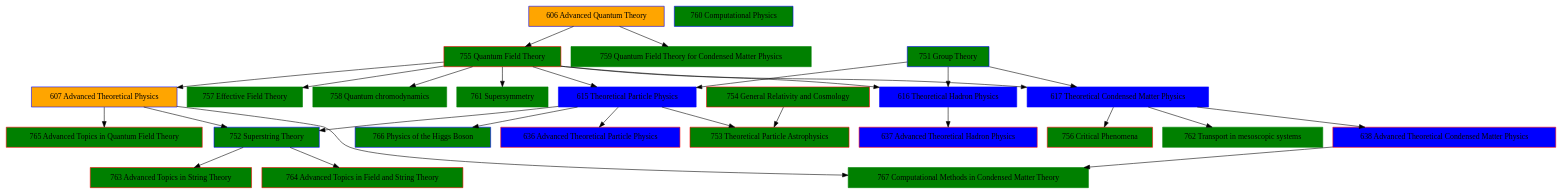
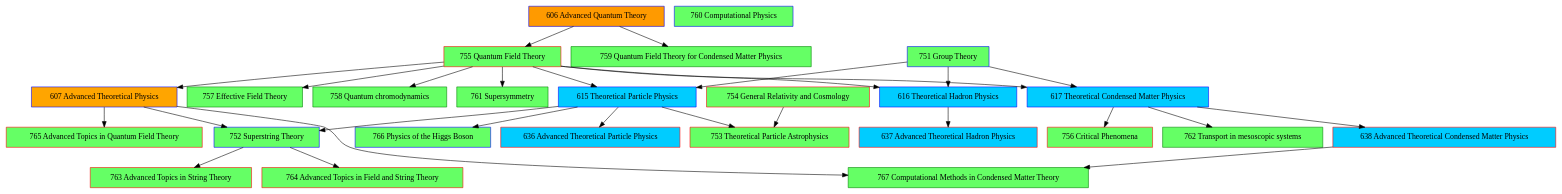
Before and after one commit to martin-ueding/master-of-physics-skilltree: the diagram in Skilltree.dot, drawn with Graphviz.

Commit message:
Add colors from module handbook

```diff
--- a/Skilltree.dot
+++ b/Skilltree.dot
@@ -1,65 +1,63 @@
 // Copyright © 2015 Martin Ueding <dev@martin-ueding.de>
 
 digraph {
     node [shape=box style=filled]
 
-    606 [label="606 Advanced Quantum Theory" color=blue fillcolor=orange]
+    606 [label="606 Advanced Quantum Theory" color=blue fillcolor="#FF9A00"]
     607 [label="607 Advanced Theoretical Physics" color=blue fillcolor=orange]
 
     // Elective lectures
     {
-        node[fillcolor=green]
+        node[fillcolor="#65FF65"]
 
         751 [label="751 Group Theory" color=blue]
         752 [label="752 Superstring Theory" color=blue]
         753 [label="753 Theoretical Particle Astrophysics" color=red]
         754 [label="754 General Relativity and Cosmology" color=red]
         755 [label="755 Quantum Field Theory" color=red]
         756 [label="756 Critical Phenomena" color=red]
         757 [label="757 Effective Field Theory" color=green]
         758 [label="758 Quantum chromodynamics" color=green]
         759 [label="759 Quantum Field Theory for Condensed Matter Physics" color=green]
         760 [label="760 Computational Physics" color=blue]
         761 [label="761 Supersymmetry" color=green]
         762 [label="762 Transport in mesoscopic systems" color=green]
         763 [label="763 Advanced Topics in String Theory" color=red]
         764 [label="764 Advanced Topics in Field and String Theory" color=red]
         765 [label="765 Advanced Topics in Quantum Field Theory" color=red]
         766 [label="766 Physics of the Higgs Boson" color=blue]
         767 [label="767 Computational Methods in Condensed Matter Theory" color=green]
     }
 
     // [label="" color=red fillcolor=green]
 
     // Specialization 1
     {
-        node[fillcolor=blue]
+        node[fillcolor="#00CCFF"]
 
         615 [label="615 Theoretical Particle Physics" color=blue]
         616 [label="616 Theoretical Hadron Physics" color=blue]
         617 [label="617 Theoretical Condensed Matter Physics" color=blue]
-    }
-
-    // Specialization 2
-    {
-        node[fillcolor=blue]
 
         636 [label="636 Advanced Theoretical Particle Physics" color=red]
         637 [label="637 Advanced Theoretical Hadron Physics" color=red]
         638 [label="638 Advanced Theoretical Condensed Matter Physics" color=red]
     }
 
+
+    // Seminar #FFFF00
+    // Thesis #CC9AFF
 
     606 -> 755, 759
     751 -> 616, 615, 617
     755 -> 757, 758, 616, 615, 607, 761, 617
     754 -> 753
     615 -> 753, 636, 752, 766
     616 -> 637
     617 -> 762, 638, 756
     638 -> 767
     607 -> 752, 765, 767
     752 -> 763, 764
 }
 
 // vim: cindent
```
